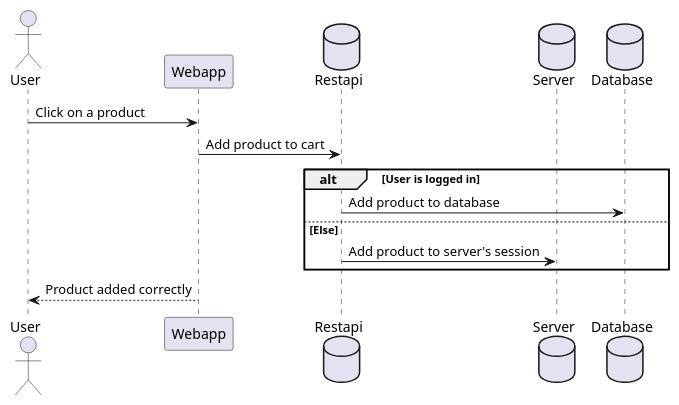
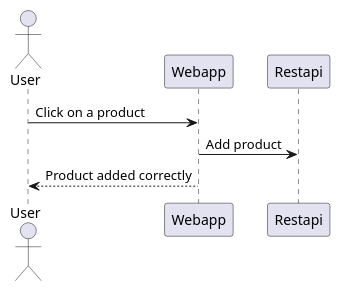
The third of 5 diagrams in docs/06_runtime_view.adoc (Arquisoft/dede_es5a), drawn with PlantUML before and after one commit. The commit also changed other lines of this file, not shown here.

First line of the commit message:
Diagramas de secuencia corregidos

```diff
--- a/docs/06_runtime_view.adoc
+++ b/docs/06_runtime_view.adoc
@@ -93,20 +95,12 @@
 [plantuml,"Sequence diagram_AddProduct",png]
 ----
 @startuml
 actor User
 participant Webapp
-database Restapi
-database Server
-database Database
+participant Restapi
 
 User -> Webapp: Click on a product
-Webapp -> Restapi: Add product to cart
-alt User is logged in
-    Restapi -> Database: Add product to database
-else Else
-    Restapi -> Server: Add product to server's session
-end
-
+Webapp -> Restapi: Add product
 User <-- Webapp: Product added correctly
 @enduml
 ----
```
